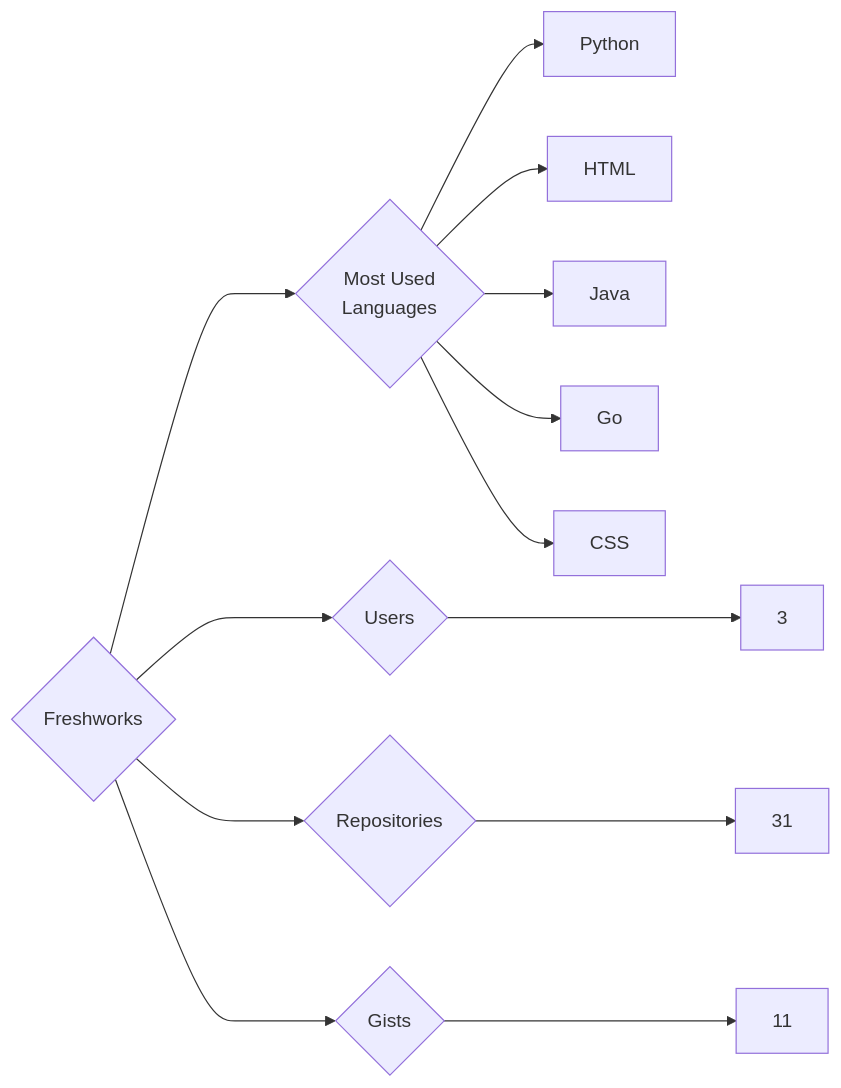
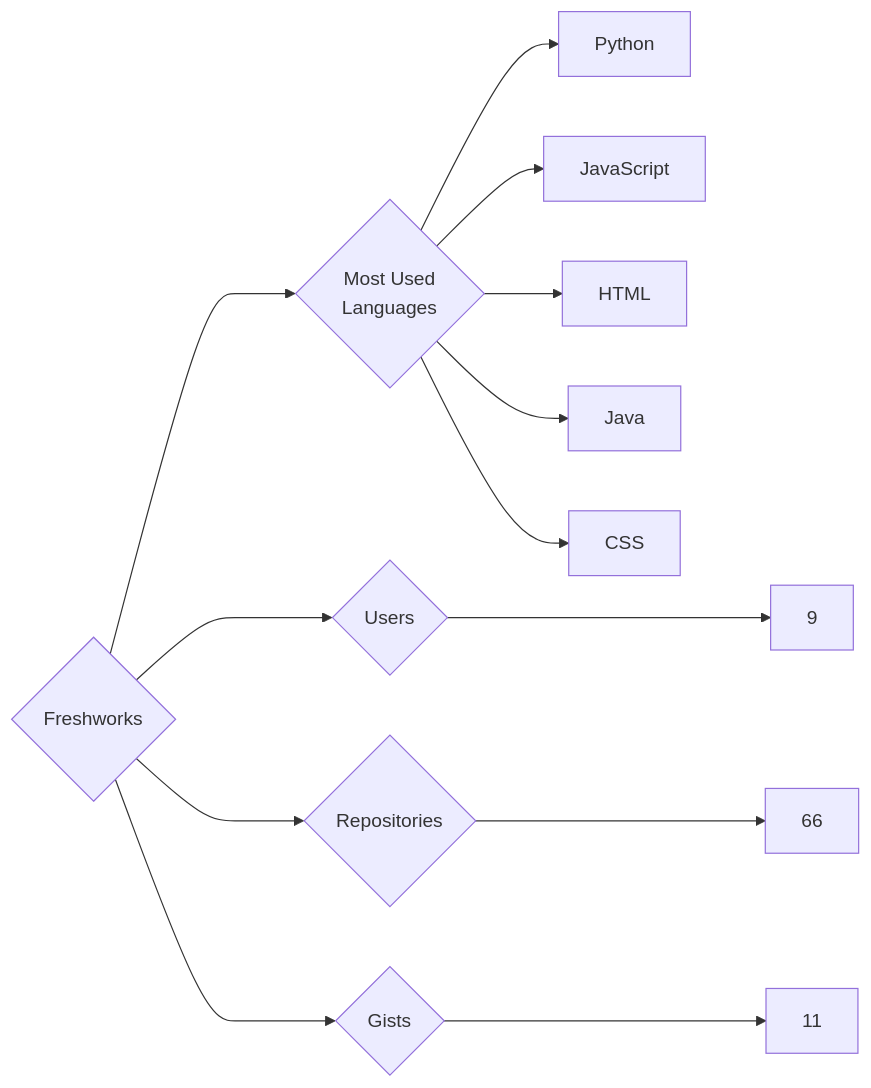
One commit to trickest/insiders changed the diagram in targets/Freshworks/README.md. Above: the diagram before and after it, drawn with Mermaid. The commit also changed 1020 other files, not shown here.

````diff
--- a/targets/Freshworks/README.md
+++ b/targets/Freshworks/README.md
@@ -3,13 +3,13 @@
 ```mermaid
 graph LR
 COMPANY_NAME{Freshworks}
-COMPANY_NAME ---> U{Users} ---> UN[3]
-COMPANY_NAME ---> R{Repositories} ---> RN[31]
+COMPANY_NAME ---> U{Users} ---> UN[9]
+COMPANY_NAME ---> R{Repositories} ---> RN[66]
 COMPANY_NAME ---> G{Gists} ---> GN[11]
 COMPANY_NAME ---> ML{Most Used<br>Languages}
 ML --> Python[Python]
+ML --> JavaScript[JavaScript]
 ML --> HTML[HTML]
 ML --> Java[Java]
-ML --> Go[Go]
 ML --> CSS[CSS]
 ```
````
